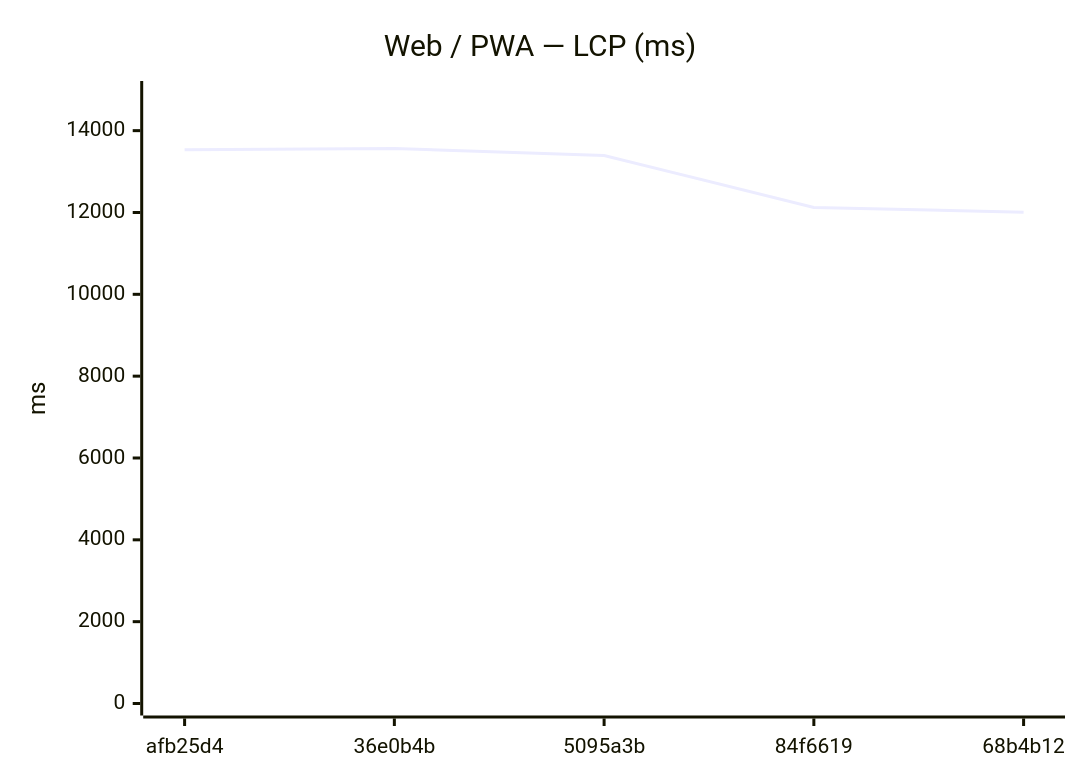
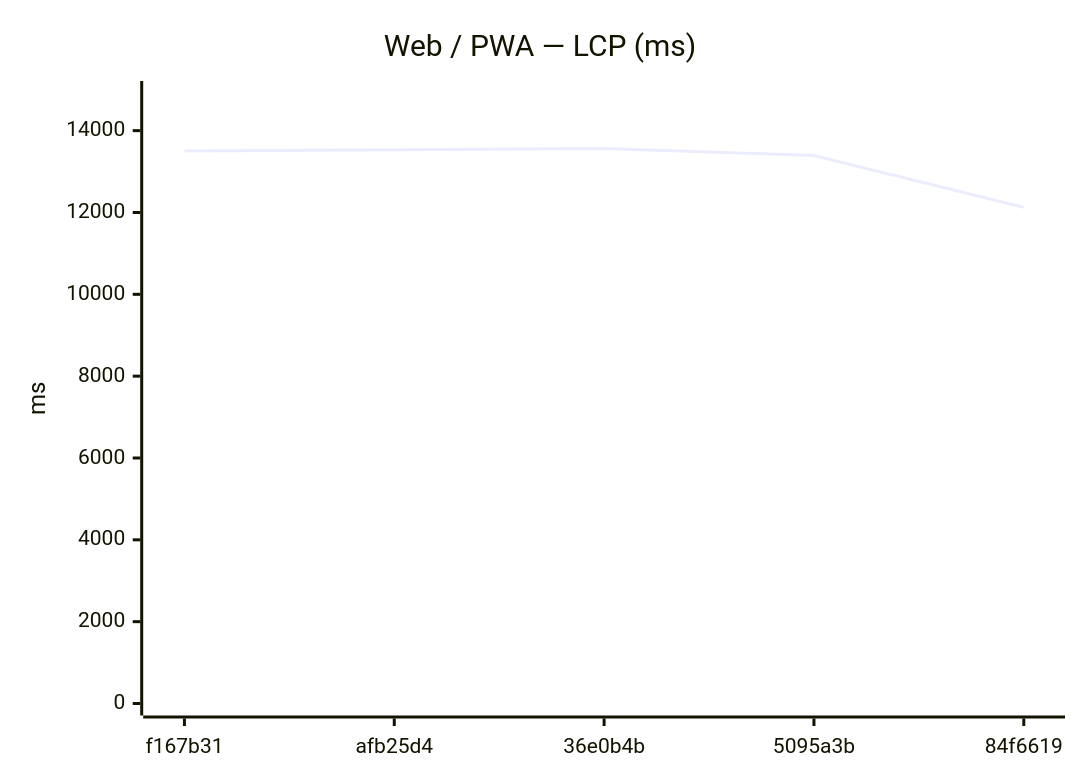
One commit to Metaheurist/Rianell changed the seventh of 18 diagrams in benchmarks/compare.md. Above: the diagram before and after it, drawn with Mermaid. The commit also changed other lines of this file and 11 other files, not shown here.

````diff
--- a/benchmarks/compare.md
+++ b/benchmarks/compare.md
@@ -117,7 +117,7 @@
 ```mermaid
 xychart-beta
     title "Web / PWA — LCP (ms)"
-    x-axis ["afb25d4", "36e0b4b", "5095a3b", "84f6619", "68b4b12"]
+    x-axis ["f167b31", "afb25d4", "36e0b4b", "5095a3b", "84f6619"]
     y-axis "ms" 0 --> 14920
-    line [13531, 13563, 13394, 12124, 12007]
+    line [13501, 13531, 13563, 13394, 12124]
 ```
````
